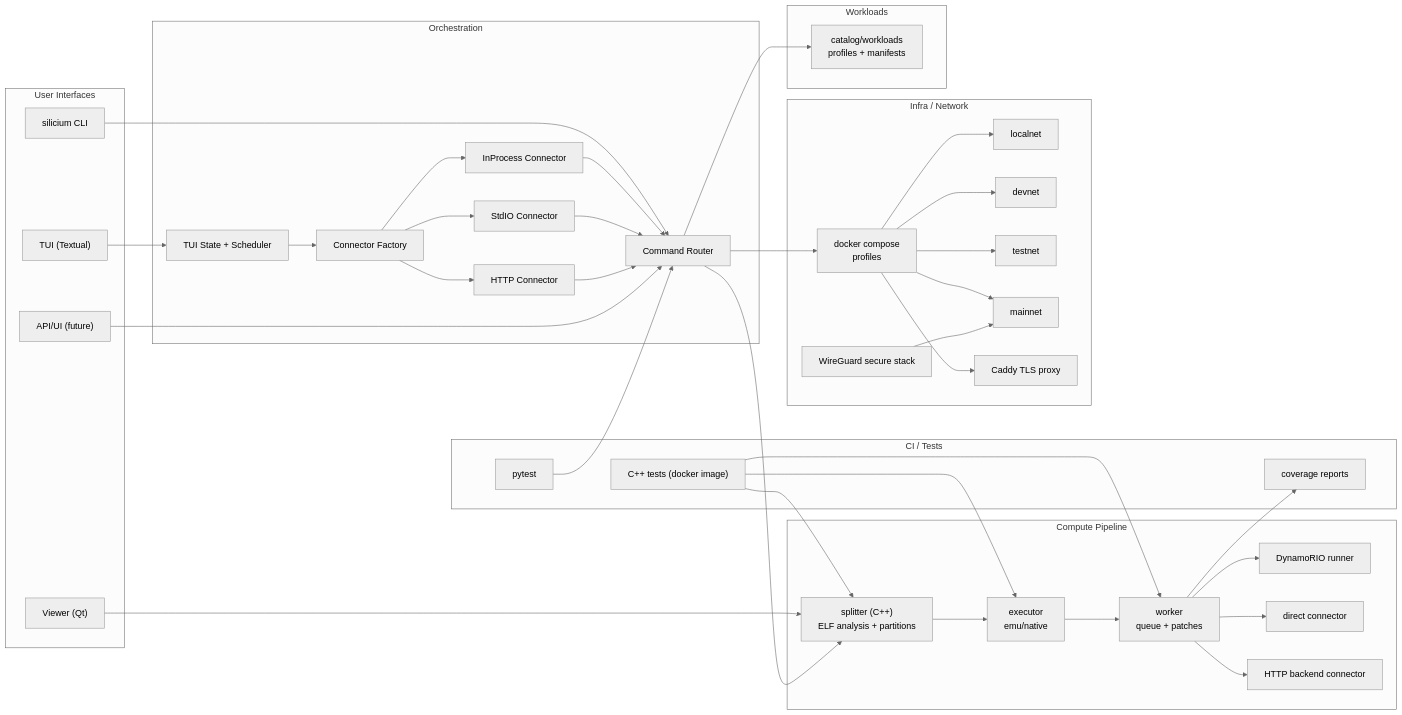
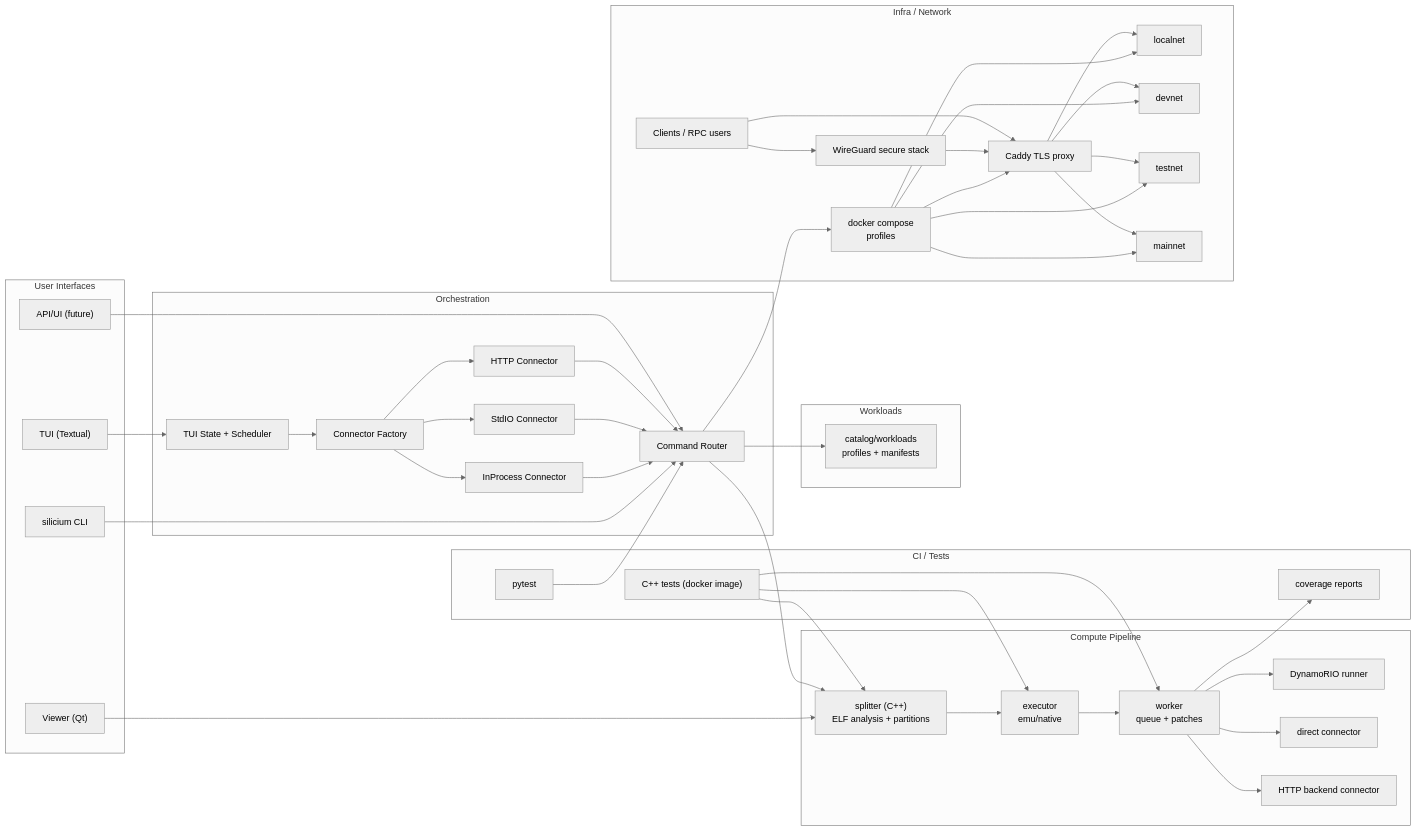
One commit to Silicium-Project/Fusion changed the diagram in README.md. Above: the diagram before and after it, drawn with Mermaid (neutral theme).

Commit message:
Clarify infra access paths in Mermaid

````diff
--- a/README.md
+++ b/README.md
@@ -37,6 +37,11 @@
     Coverage["coverage reports"]
   end
 
+  subgraph Workloads["Workloads"]
+    Manifests["catalog/workloads
+profiles + manifests"]
+  end
+
   subgraph Infra["Infra / Network"]
     Compose["docker compose
 profiles"]
@@ -46,11 +51,7 @@
     Mainnet["mainnet"]
     Proxy["Caddy TLS proxy"]
     Wireguard["WireGuard secure stack"]
-  end
-
-  subgraph Workloads["Workloads"]
-    Manifests["catalog/workloads
-profiles + manifests"]
+    Clients["Clients / RPC users"]
   end
 
   %% UI flow (left -> right)
@@ -86,5 +87,11 @@
   Compose --> Testnet
   Compose --> Mainnet
   Compose --> Proxy
-  Wireguard --> Mainnet
+  Wireguard --> Proxy
+  Clients --> Wireguard
+  Clients --> Proxy
+  Proxy --> Localnet
+  Proxy --> Devnet
+  Proxy --> Testnet
+  Proxy --> Mainnet
 ```
````
